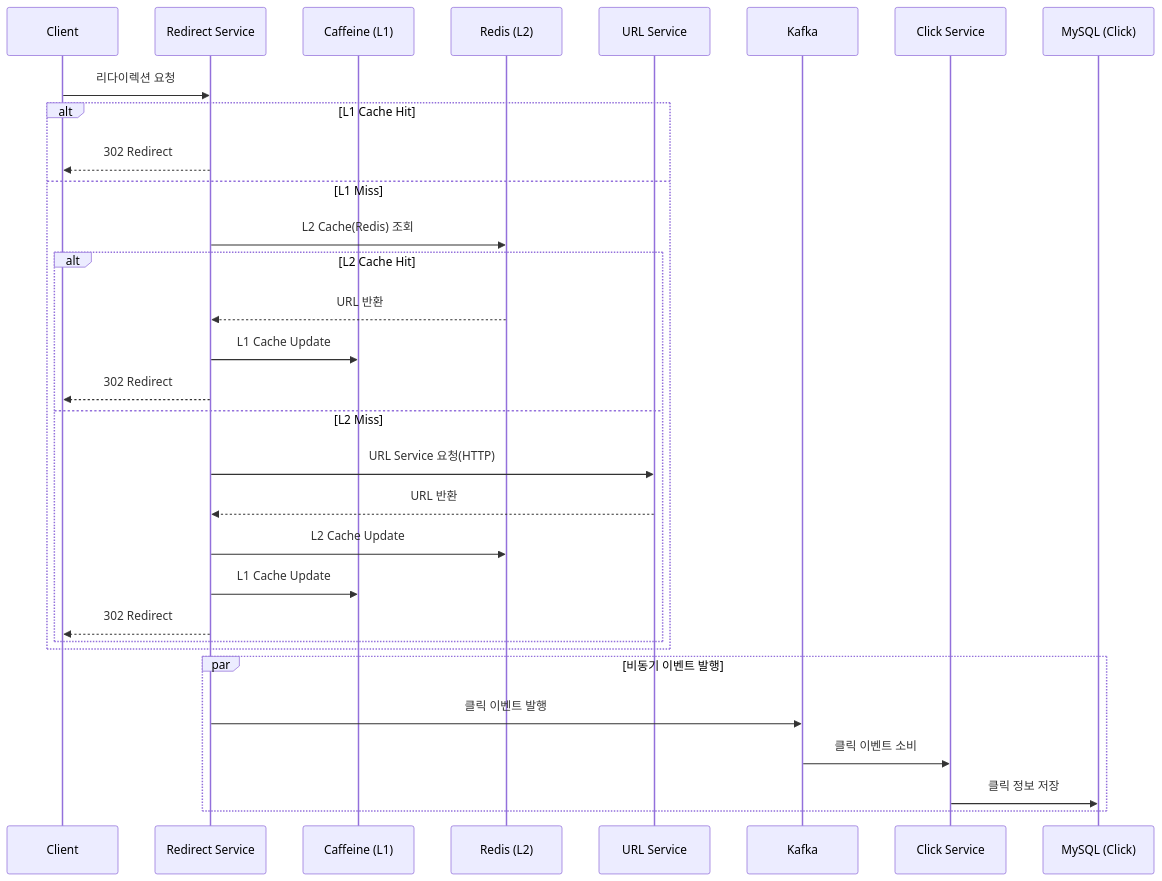
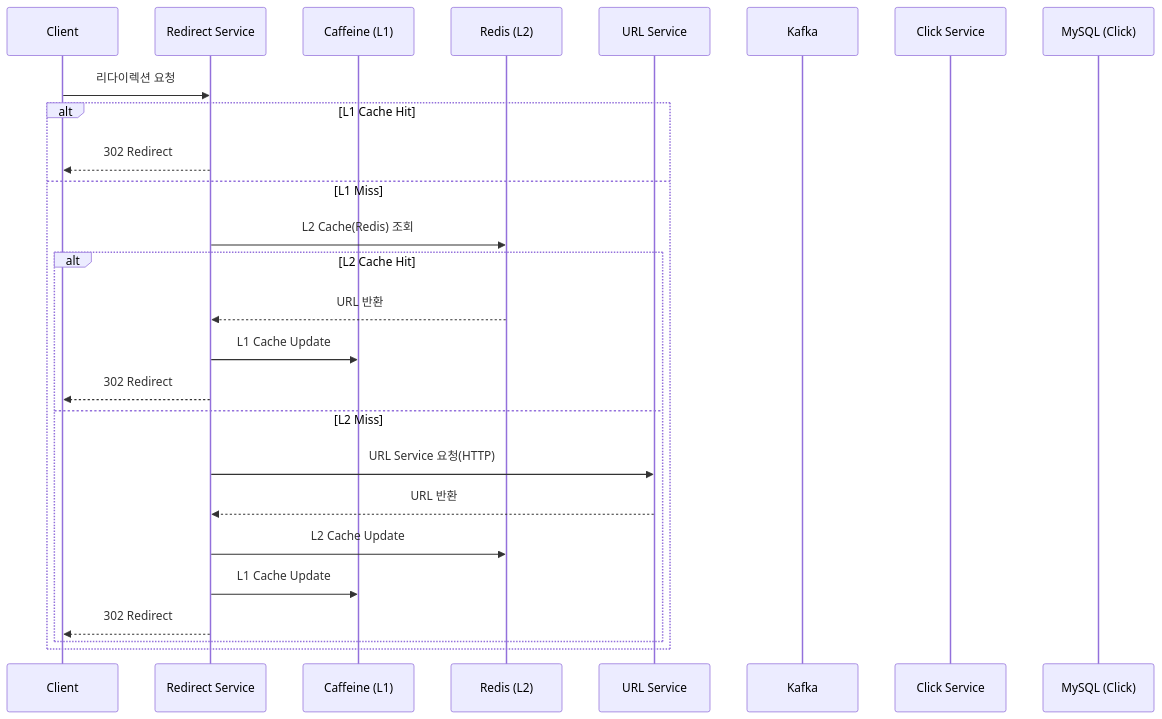
Before and after one commit to youKeon/shortly: the second of 2 diagrams in README.md, drawn with Mermaid. The commit also changed other lines of this file and 5 other files, not shown here.

````diff
--- a/README.md
+++ b/README.md
@@ -66,36 +49,30 @@
 ```mermaid
 sequenceDiagram
     participant Client
     participant RS as Redirect Service
     participant L1 as Caffeine (L1)
     participant L2 as Redis (L2)
     participant US as URL Service
     participant Kafka
     participant CS as Click Service
     participant DB_C as MySQL (Click)
 
     Client->>RS: 리다이렉션 요청
 
     alt L1 Cache Hit
         RS-->>Client: 302 Redirect
     else L1 Miss
         RS->>L2: L2 Cache(Redis) 조회
         alt L2 Cache Hit
             L2-->>RS: URL 반환
             RS->>L1: L1 Cache Update
             RS-->>Client: 302 Redirect
         else L2 Miss
             RS->>US: URL Service 요청(HTTP)
             US-->>RS: URL 반환
             RS->>L2: L2 Cache Update
             RS->>L1: L1 Cache Update
             RS-->>Client: 302 Redirect
         end
     end
-
-    par 비동기 이벤트 발행
-        RS->>Kafka: 클릭 이벤트 발행
-        Kafka->>CS: 클릭 이벤트 소비
-        CS->>DB_C: 클릭 정보 저장
-    end
 ```
````
